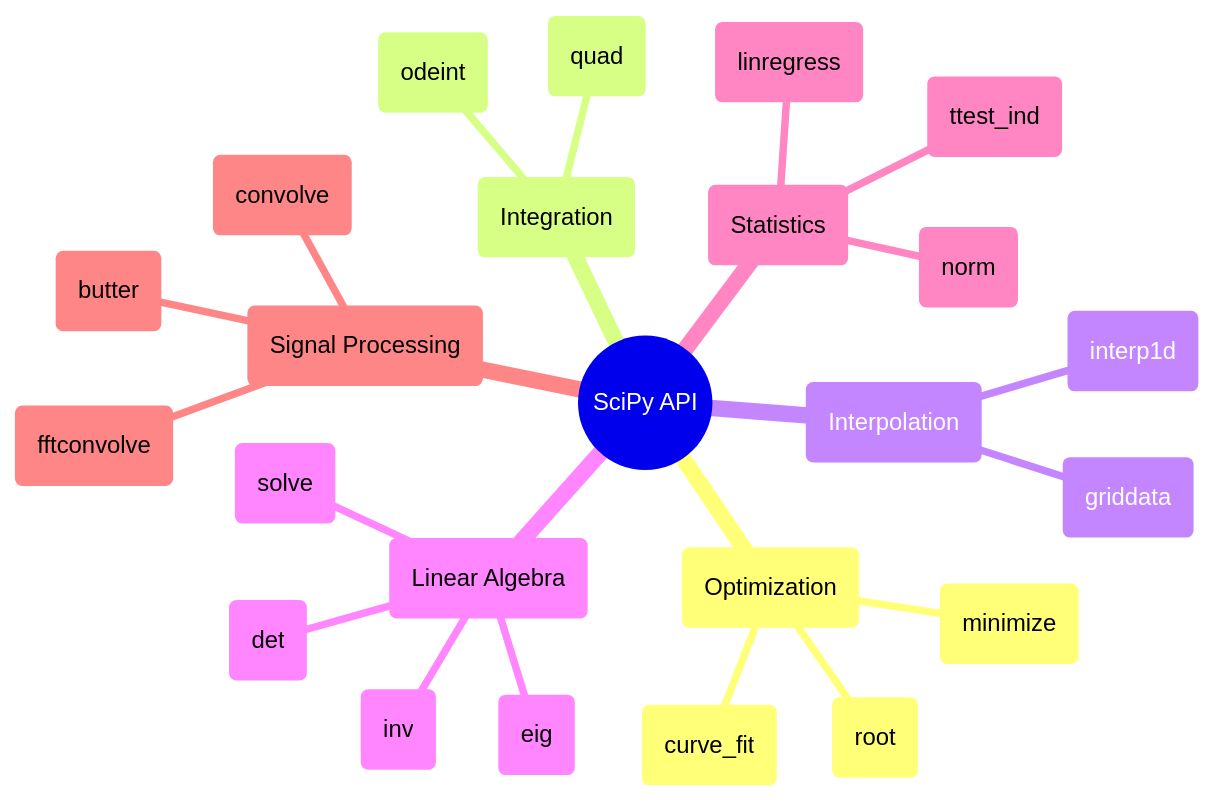
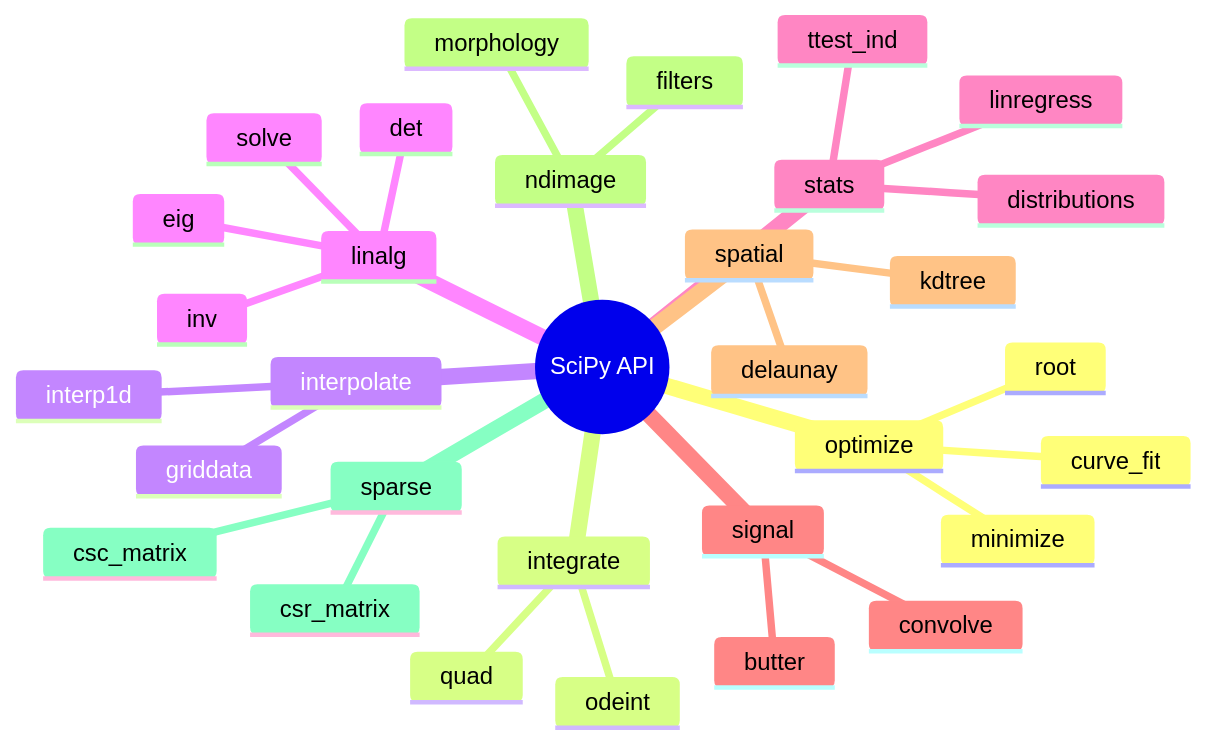
Before and after one commit to tt33415366/python_data_process_lib_intro: the third of 3 diagrams in docs/data-processing/en/scipy_evolution_document.md, drawn with Mermaid. The commit also changed other lines of this file, not shown here.

First line of the commit message:
fix(docs-scipy): add missing API mindmap section

````diff
--- a/docs/data-processing/en/scipy_evolution_document.md
+++ b/docs/data-processing/en/scipy_evolution_document.md
@@ -121,27 +811,35 @@
 ```mermaid
 mindmap
   root((SciPy API))
-    (Optimization)
-      (minimize)
-      (curve_fit)
-      (root)
-    (Integration)
-      (quad)
-      (odeint)
-    (Interpolation)
-      (interp1d)
-      (griddata)
-    (Linear Algebra)
-      (det)
-      (inv)
-      (eig)
-      (solve)
-    (Statistics)
-      (norm)
-      (ttest_ind)
-      (linregress)
-    (Signal Processing)
-      (convolve)
-      (fftconvolve)
-      (butter)
+    optimize
+      minimize
+      curve_fit
+      root
+    integrate
+      quad
+      odeint
+    interpolate
+      interp1d
+      griddata
+    linalg
+      det
+      inv
+      solve
+      eig
+    stats
+      distributions
+      ttest_ind
+      linregress
+    signal
+      convolve
+      butter
+    spatial
+      kdtree
+      delaunay
+    ndimage
+      filters
+      morphology
+    sparse
+      csr_matrix
+      csc_matrix
 ```
````
